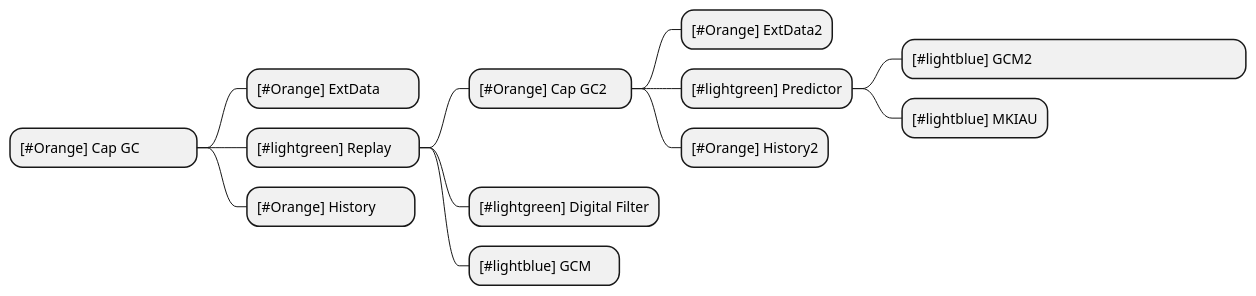
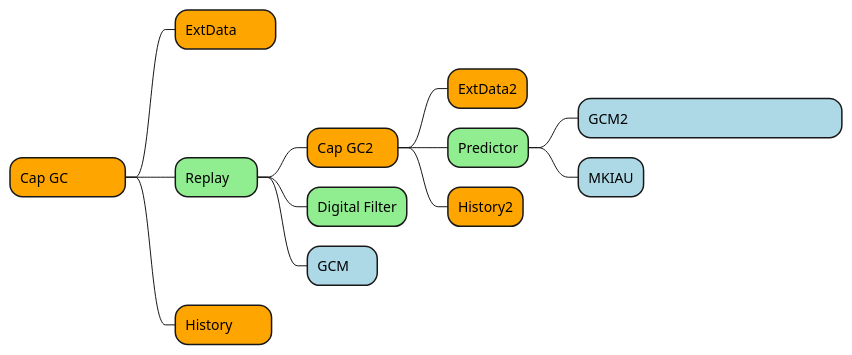
The diagram in sample.iuml (JulesKouatchou/sample_flowcharts), drawn with PlantUML before and after one commit.

```diff
--- a/sample.iuml
+++ b/sample.iuml
@@ -1,14 +1,14 @@
 @startmindmap                  
-* [#Orange] Cap GC             
-    * [#Orange] ExtData        
-    * [#lightgreen] Replay     
-        * [#Orange] Cap GC2    
-            * [#Orange] ExtData2
-            * [#lightgreen] Predictor
-                * [#lightblue] GCM2                                                        
-                * [#lightblue] MKIAU
-            * [#Orange] History2
-        * [#lightgreen] Digital Filter
-        * [#lightblue] GCM     
-    * [#Orange] History        
+*[#Orange] Cap GC             
+    *[#Orange] ExtData        
+    *[#lightgreen] Replay     
+        *[#Orange] Cap GC2    
+            *[#Orange] ExtData2
+            *[#lightgreen] Predictor
+                *[#lightblue] GCM2                                                        
+                *[#lightblue] MKIAU
+            *[#Orange] History2
+        *[#lightgreen] Digital Filter
+        *[#lightblue] GCM     
+    *[#Orange] History        
 @endmindmap
```
